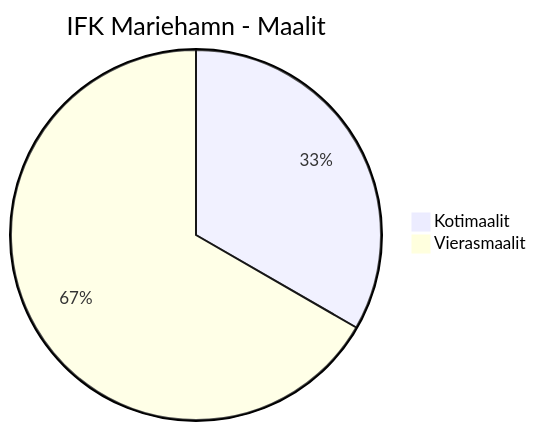
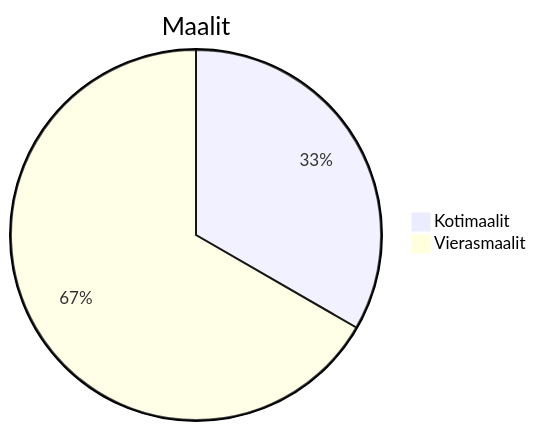
Before and after one commit to Linux88888/Veikkausliiga2025: diagram 17 of 27 in Yleisö2025.md, drawn with Mermaid. The commit also changed other lines of this file, not shown here.

````diff
--- a/Yleisö2025.md
+++ b/Yleisö2025.md
@@ -154,5 +152,5 @@
 ```mermaid
-pie title IFK Mariehamn - Maalit
+pie title Maalit
     "Kotimaalit" : 1
     "Vierasmaalit" : 2
 ```
````
